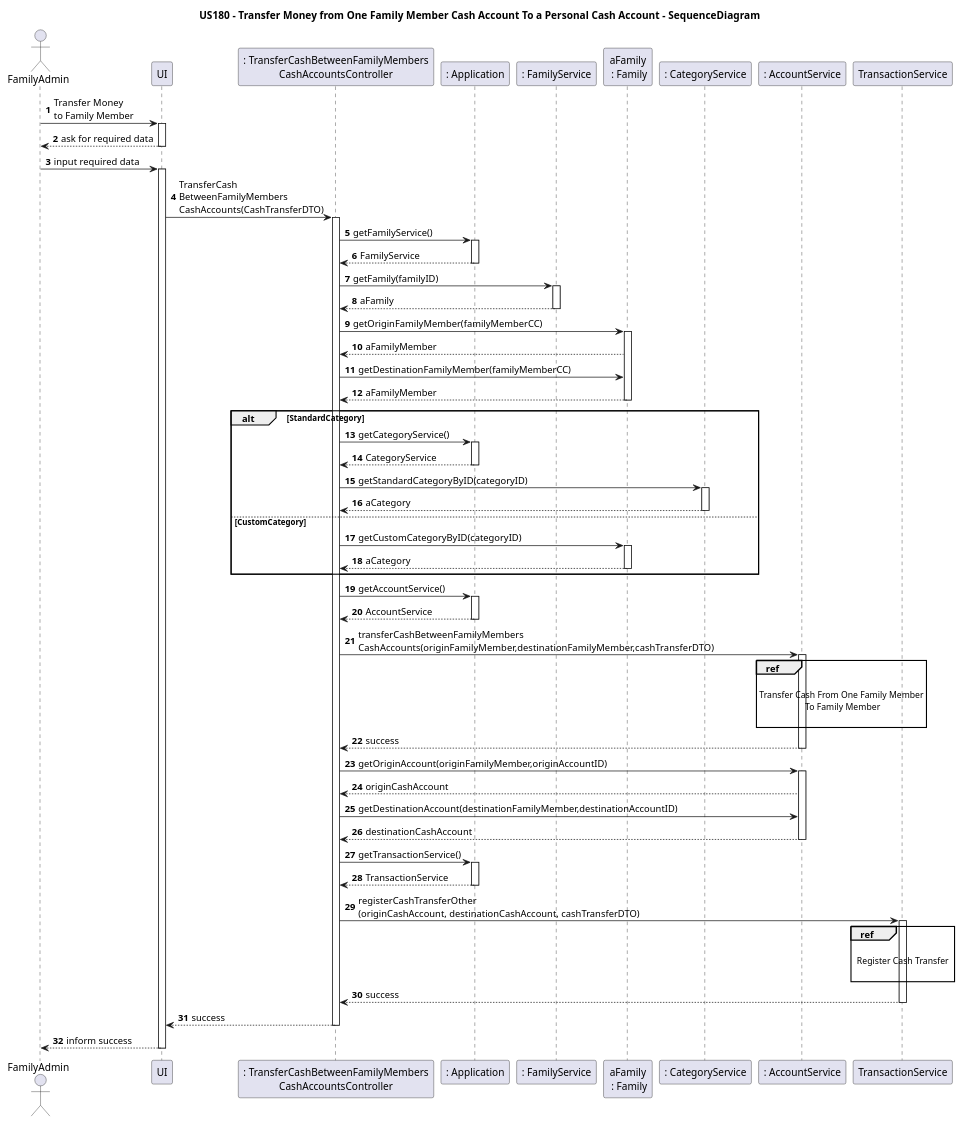
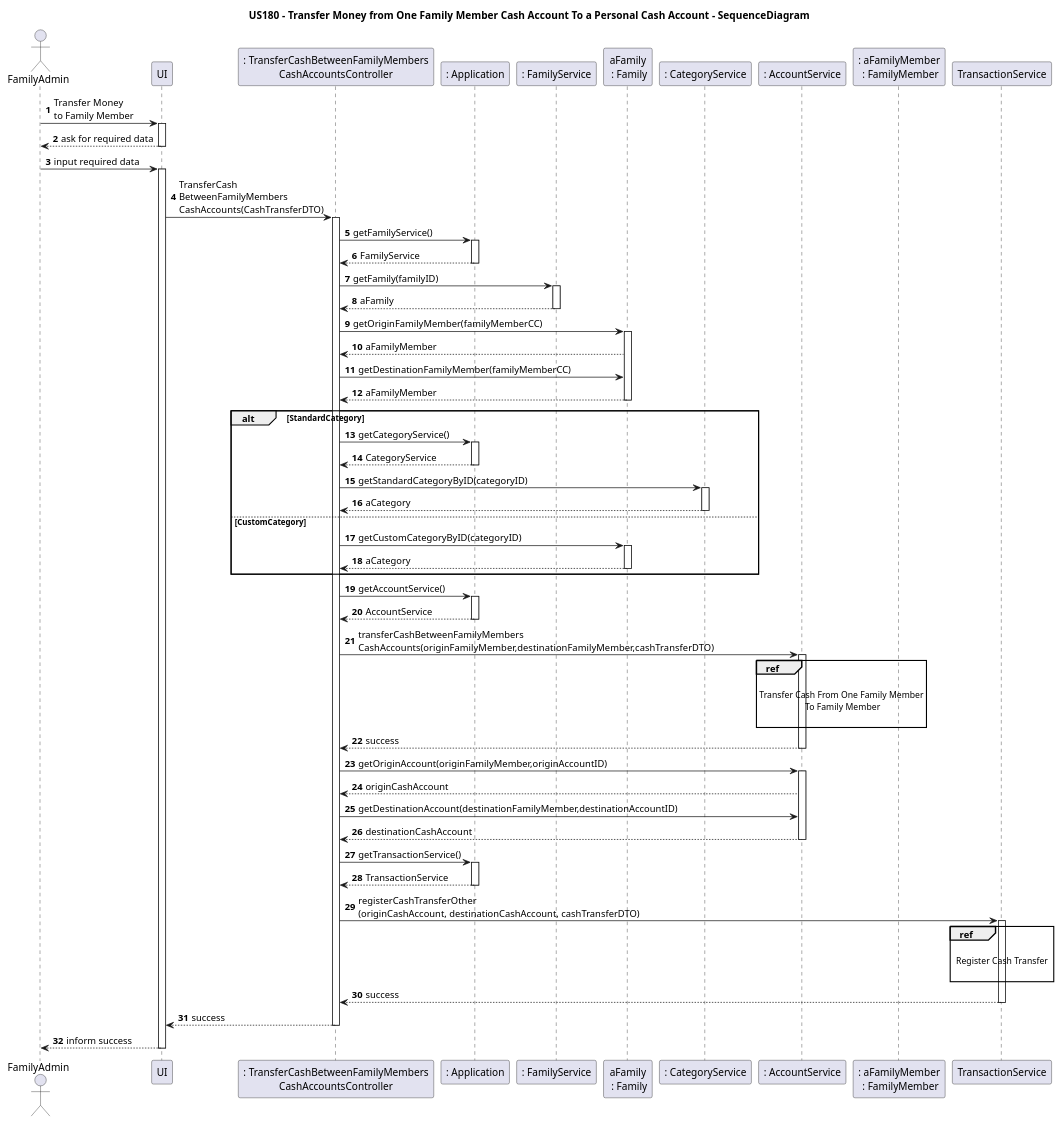
Before and after one commit to tomas-osswald/switch_2020_g3: the third of 6 diagrams in docs/sprint2/user_stories/US180_TransferMoneyFamilyMemberToFamilyMember.md, drawn with PlantUML. The commit also changed other lines of this file and 2 other files, not shown here.

Commit message:
update diagrams

```diff
--- a/docs/sprint2/user_stories/US180_TransferMoneyFamilyMemberToFamilyMember.md
+++ b/docs/sprint2/user_stories/US180_TransferMoneyFamilyMemberToFamilyMember.md
@@ -139,7 +138,7 @@
 Participant "aFamily\n : Family" as Family
 Participant ": CategoryService" as CategoryService
 Participant ": AccountService" as AccountService
-
+Participant ": aFamilyMember\n : FamilyMember" as FamilyMember
 
 Actor -> UI : Transfer Money \nto Family Member
 activate UI
```
